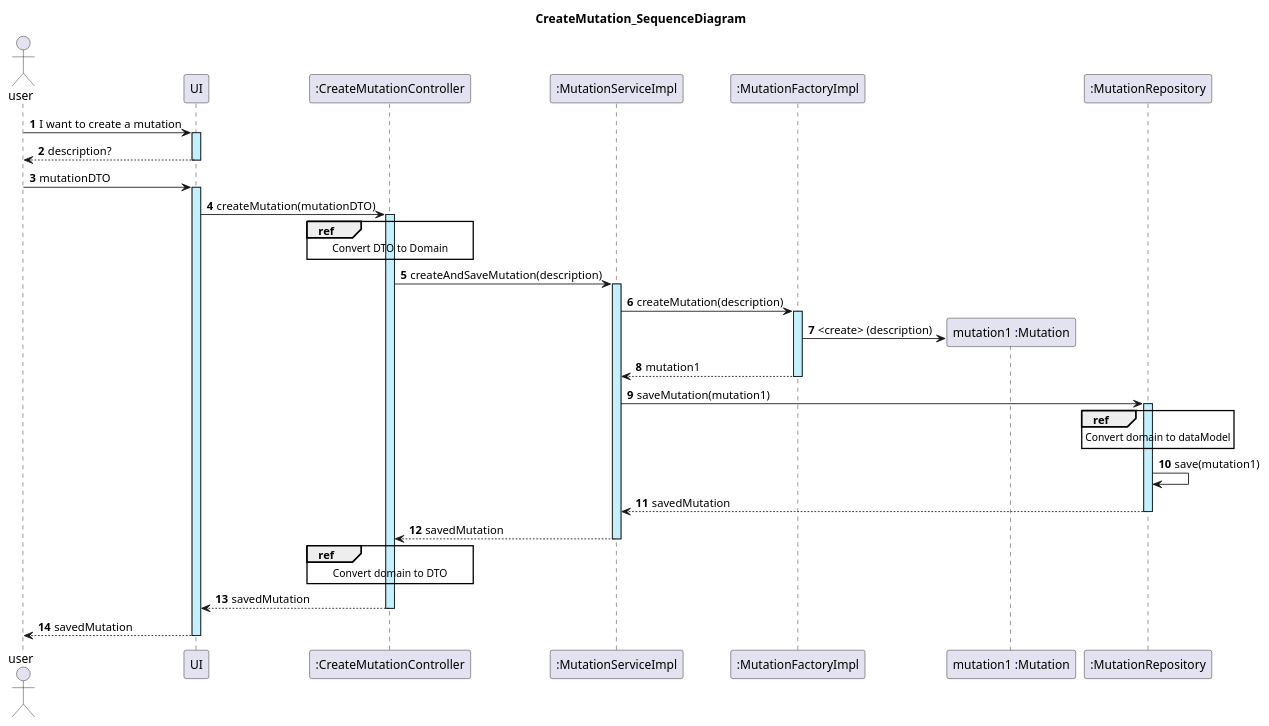
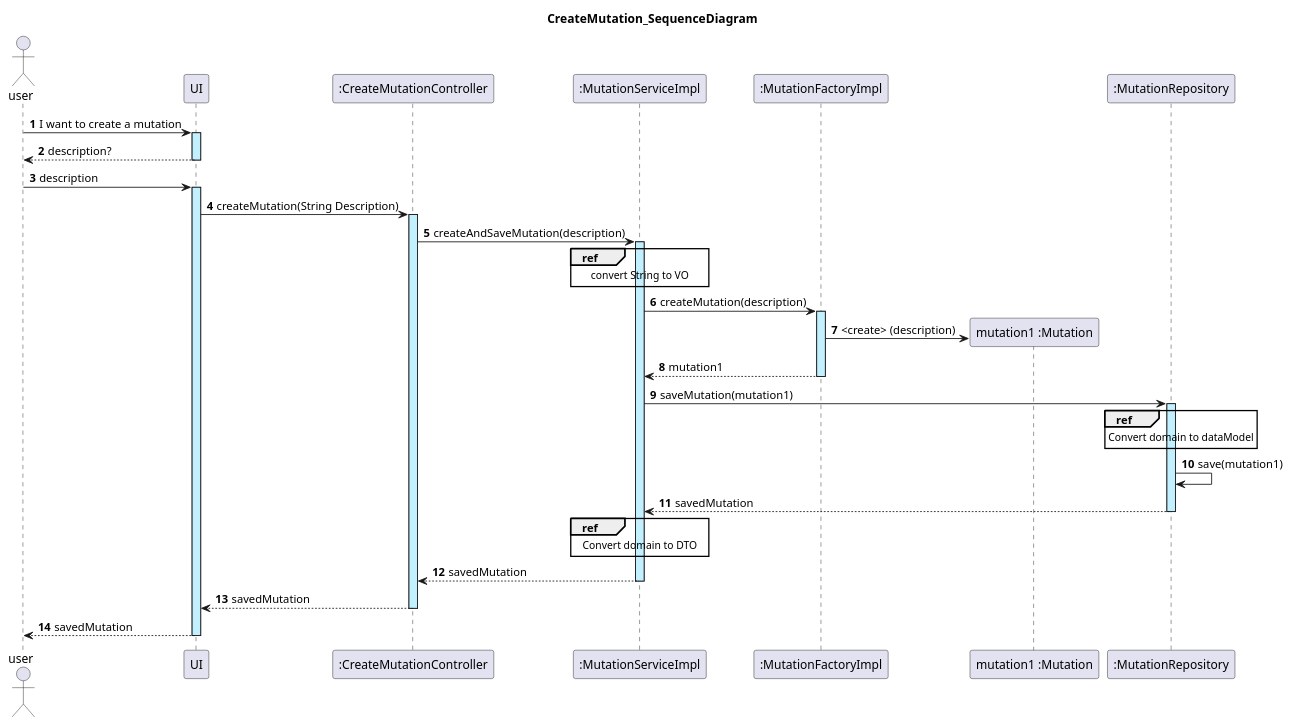
Before and after one commit to rubenrocha26/bms-backend-ddd: the diagram in docs/mutation/createMutation.puml, drawn with PlantUML. The commit also changed 1 other file, not shown here.

Commit message:
Updated diagrams

```diff
--- a/docs/mutation/createMutation.puml
+++ b/docs/mutation/createMutation.puml
@@ -1,35 +1,34 @@
 @startuml
 actor user
 autonumber
 
 title: CreateMutation_SequenceDiagram
 
 user -> UI ++ #application : I want to create a mutation
 UI --> user -- : description?
-user -> UI ++ #application : mutationDTO
-UI -> ":CreateMutationController" as CMC ++ #application : createMutation(mutationDTO)
-ref over CMC
-    Convert DTO to Domain
+user -> UI ++ #application : description
+UI -> ":CreateMutationController" as CMC ++ #application : createMutation(String Description)
+CMC -> ":MutationServiceImpl" as MS ++ #application : createAndSaveMutation(description)
+ref over MS
+    convert String to VO
 end ref
-CMC -> ":MutationServiceImpl" as MS ++ #application : createAndSaveMutation(description)
 MS -> ":MutationFactoryImpl" as MF ++ #application : createMutation(description)
 
 create "mutation1 :Mutation" as MT
 MF -> MT : <create> (description)
 MF --> MS -- : mutation1
 
 MS -> ":MutationRepository" as MR ++ #application : saveMutation(mutation1)
 ref over MR
     Convert domain to dataModel
 end ref
 MR -> MR : save(mutation1)
 MR --> MS  -- : savedMutation
-
-MS --> CMC -- : savedMutation
-ref over CMC
+ref over MS
     Convert domain to DTO
 end ref
+MS --> CMC -- : savedMutation
 CMC --> UI -- : savedMutation
 UI --> user -- : savedMutation
 
 @enduml
```
